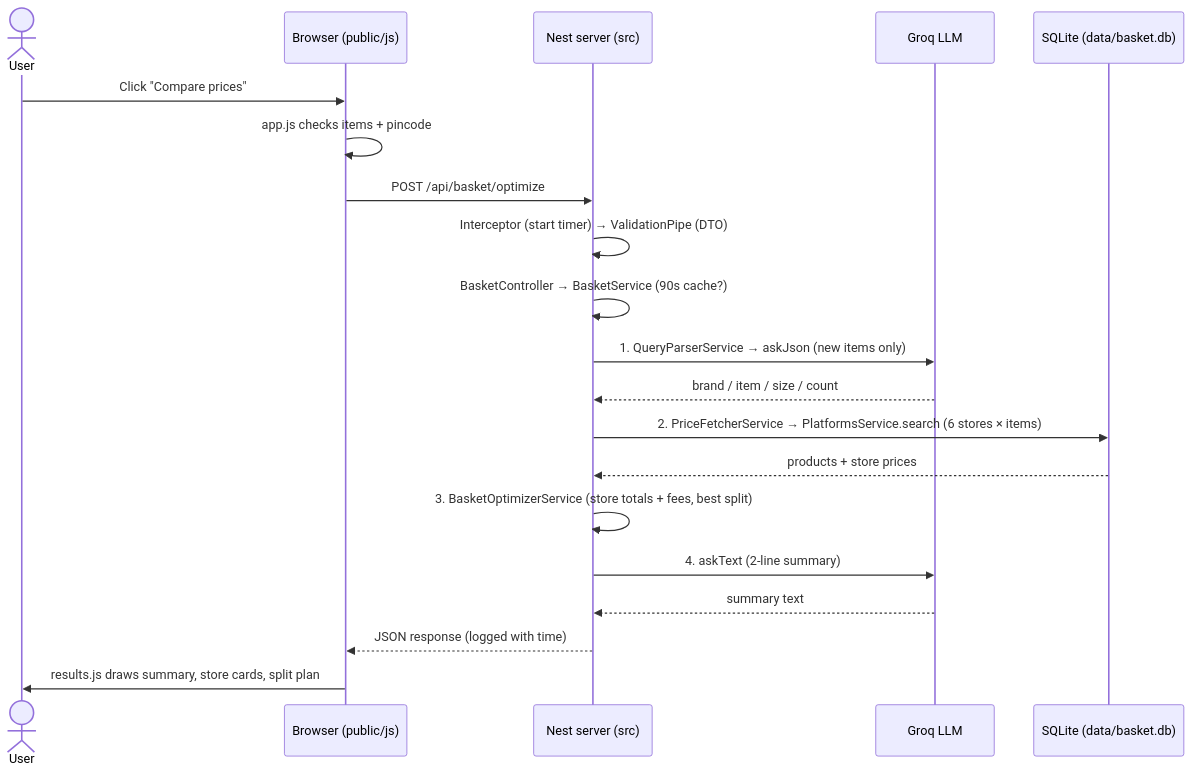
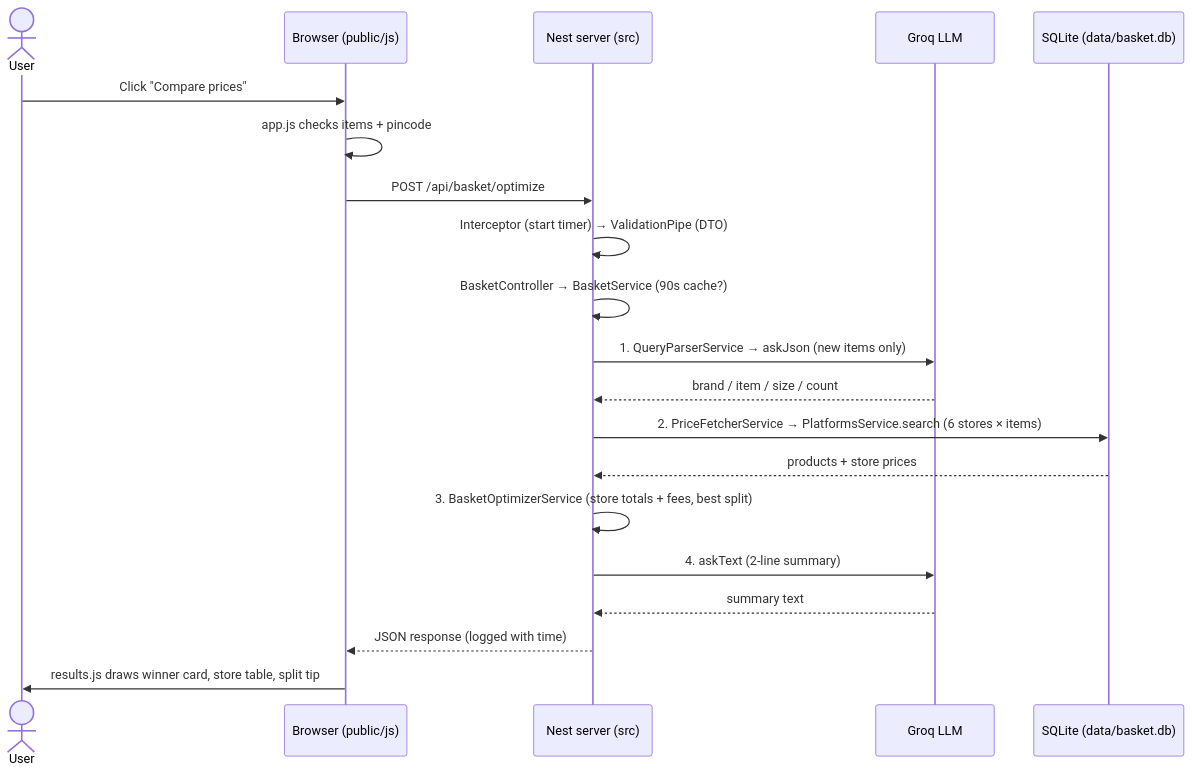
One commit to priyanshkrglbitm/cart-optimiser-poc changed the first of 2 diagrams in DEVELOPER_GUIDE.md. Above: the diagram before and after it, drawn with Mermaid. The commit also changed other lines of this file and 11 other files, not shown here.

````diff
--- a/DEVELOPER_GUIDE.md
+++ b/DEVELOPER_GUIDE.md
@@ -18,23 +18,23 @@
 ```mermaid
 sequenceDiagram
     actor User
     participant UI as Browser (public/js)
     participant API as Nest server (src)
     participant LLM as Groq LLM
     participant DB as SQLite (data/basket.db)
 
     User->>UI: Click "Compare prices"
     UI->>UI: app.js checks items + pincode
     UI->>API: POST /api/basket/optimize
     API->>API: Interceptor (start timer) → ValidationPipe (DTO)
     API->>API: BasketController → BasketService (90s cache?)
     API->>LLM: 1. QueryParserService → askJson (new items only)
     LLM-->>API: brand / item / size / count
     API->>DB: 2. PriceFetcherService → PlatformsService.search (6 stores × items)
     DB-->>API: products + store prices
     API->>API: 3. BasketOptimizerService (store totals + fees, best split)
     API->>LLM: 4. askText (2-line summary)
     LLM-->>API: summary text
     API-->>UI: JSON response (logged with time)
-    UI->>User: results.js draws summary, store cards, split plan
+    UI->>User: results.js draws winner card, store table, split tip
 ```
````
